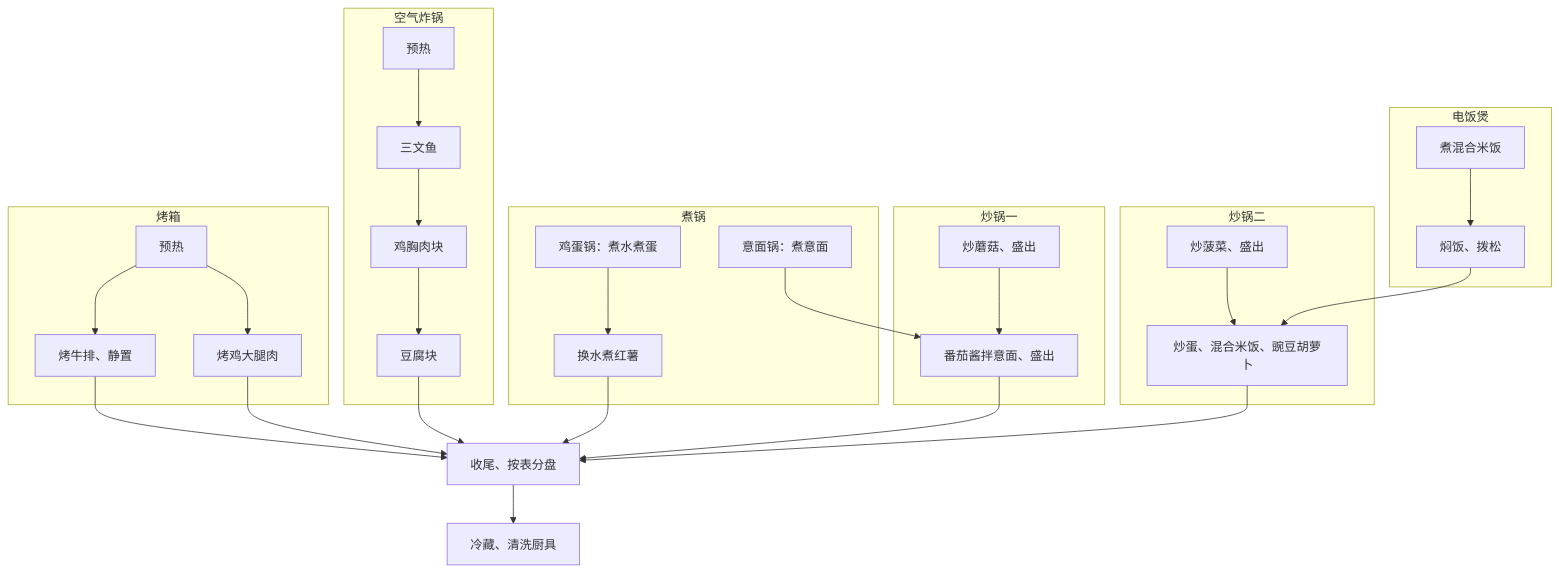
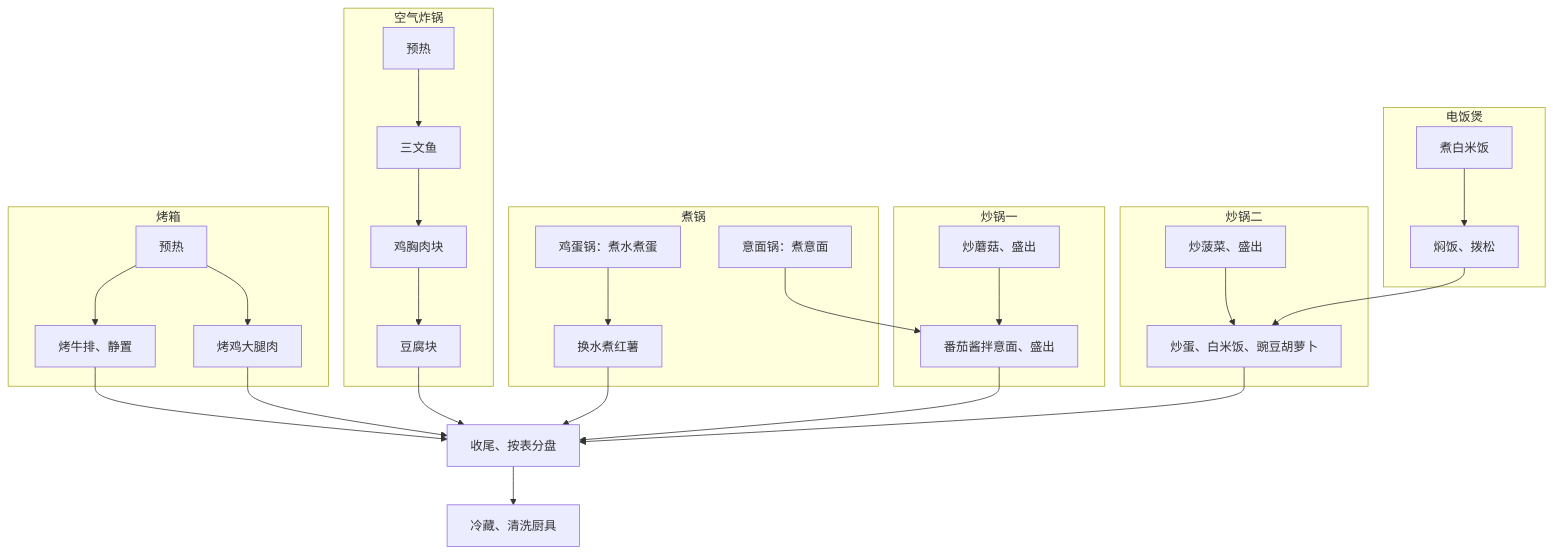
Before and after one commit to yunhaixiang/yhmath: the diagram in content/posts/healthy-eating-plan.md, drawn with Mermaid. The commit also changed other lines of this file and 9 other files, not shown here.

````diff
--- a/content/posts/healthy-eating-plan.md
+++ b/content/posts/healthy-eating-plan.md
@@ -107,32 +107,32 @@
 ```mermaid
 flowchart TB
     subgraph rice[电饭煲]
-        R1[煮混合米饭] --> R2[焖饭、拨松]
+        R1[煮白米饭] --> R2[焖饭、拨松]
     end
     subgraph oven[烤箱]
         O0[预热] --> O1[烤牛排、静置]
         O0 --> O2[烤鸡大腿肉]
     end
     subgraph air[空气炸锅]
         A0[预热] --> A1[三文鱼] --> A2[鸡胸肉块] --> A3[豆腐块]
     end
     subgraph pots[煮锅]
         P1[意面锅：煮意面]
         P2[鸡蛋锅：煮水煮蛋] --> P3[换水煮红薯]
     end
     subgraph wok1[炒锅一]
         W1[炒蘑菇、盛出] --> W3[番茄酱拌意面、盛出]
     end
     subgraph wok2[炒锅二]
-        W2[炒菠菜、盛出] --> W4[炒蛋、混合米饭、豌豆胡萝卜]
+        W2[炒菠菜、盛出] --> W4[炒蛋、白米饭、豌豆胡萝卜]
     end
     P1 --> W3
     R2 --> W4
     O1 --> F[收尾、按表分盘]
     O2 --> F
     A3 --> F
     P3 --> F
     W3 --> F
     W4 --> F
     F --> C[冷藏、清洗厨具]
 ```
````
